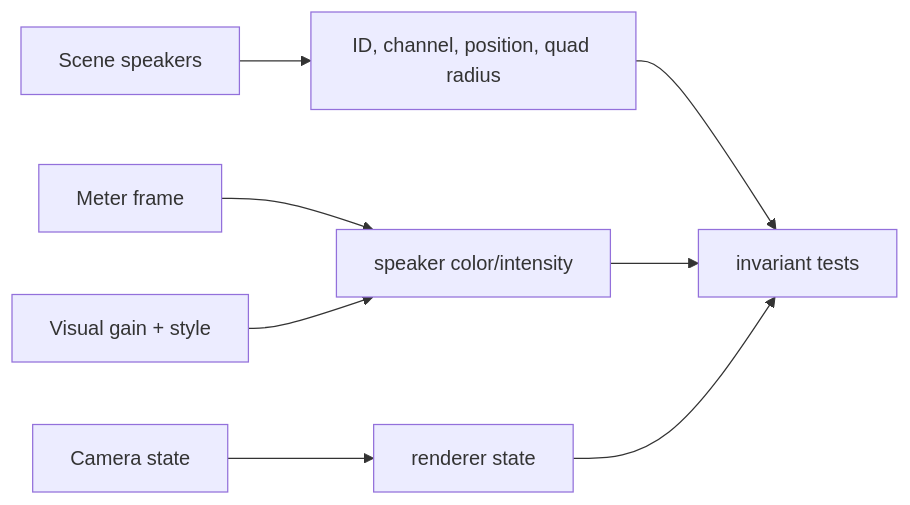
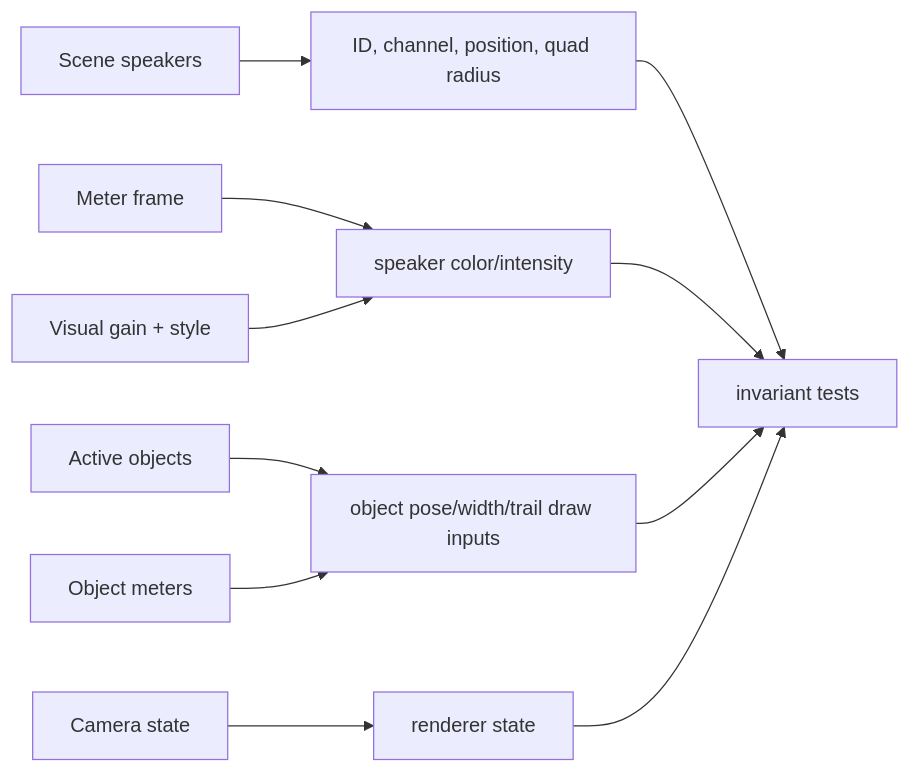
One commit to jebagu/orbital-view changed the sixth of 11 diagrams in docs/system-flows.md. Above: the diagram before and after it, drawn with Mermaid. The commit also changed other lines of this file and 23 other files, not shown here.

````diff
--- a/docs/system-flows.md
+++ b/docs/system-flows.md
@@ -67,10 +76,13 @@
 ```mermaid
 flowchart LR
   Scene["Scene speakers"] --> StaticInputs["ID, channel, position, quad radius"]
   Meter["Meter frame"] --> ColorInputs["speaker color/intensity"]
   Settings["Visual gain + style"] --> ColorInputs
+  Objects["Active objects"] --> ObjectInputs["object pose/width/trail draw inputs"]
+  ObjectMeter["Object meters"] --> ObjectInputs
   Camera["Camera state"] --> State["renderer state"]
   StaticInputs --> Tests["invariant tests"]
   ColorInputs --> Tests
+  ObjectInputs --> Tests
   State --> Tests
 ```
````
